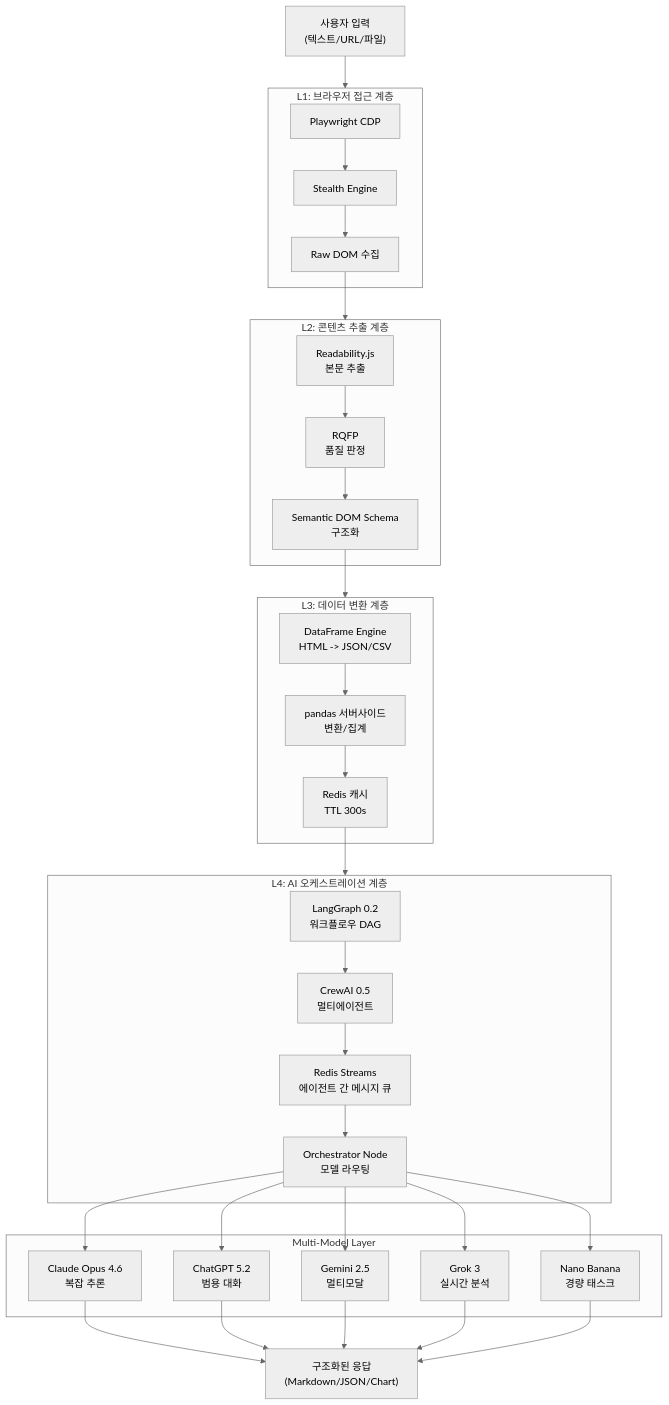
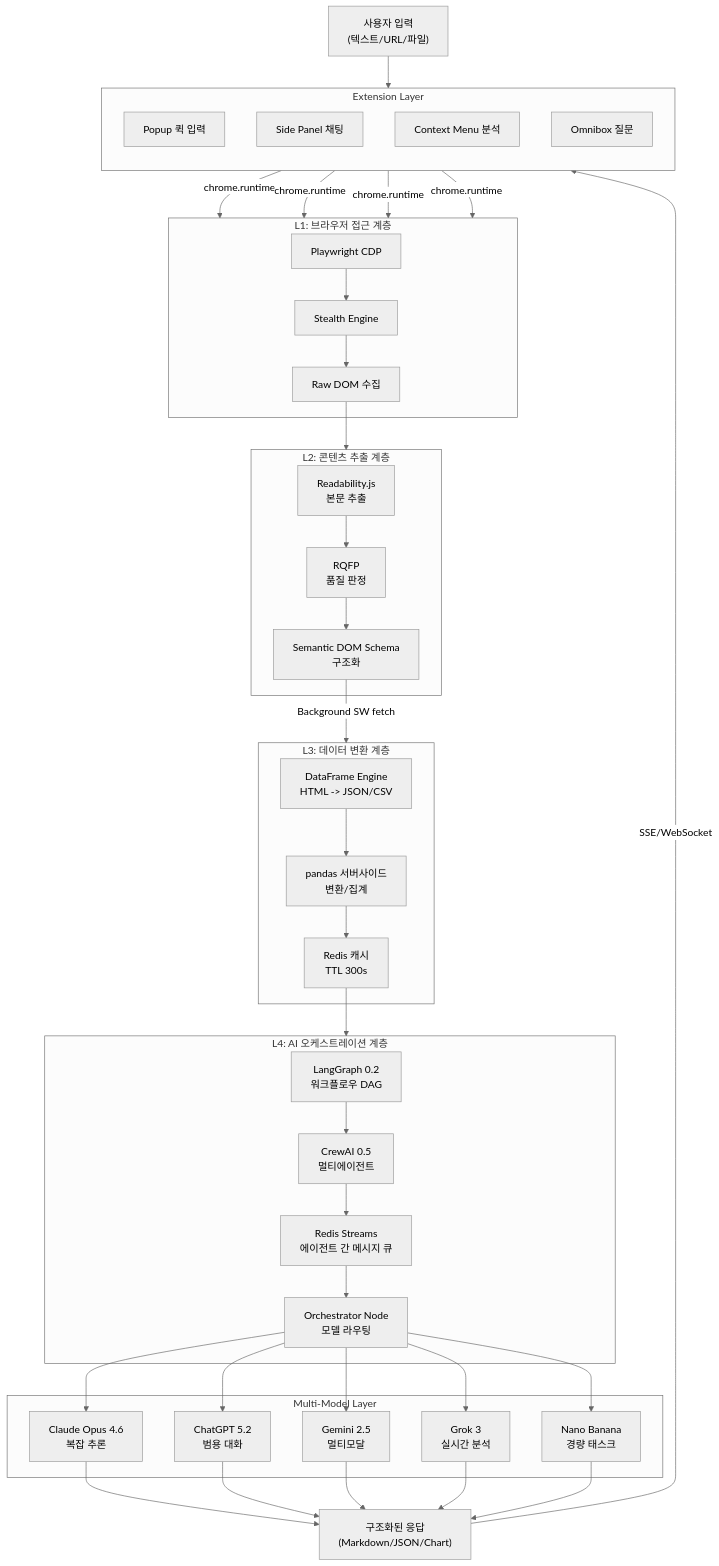
Before and after one commit to sgtlim0/sgtlim0.github.io: the fourth of 6 diagrams in docs/SERVICE_PLAN_03_ARCHITECTURE.md, drawn with Mermaid (neutral theme). The commit also changed other lines of this file and 3 other files, not shown here.

First line of the commit message:
docs: 서비스 기획서 Chrome Extension 전용으로 업데이트 (Part 0,1,3,4)

````diff
--- a/docs/SERVICE_PLAN_03_ARCHITECTURE.md
+++ b/docs/SERVICE_PLAN_03_ARCHITECTURE.md
@@ -194,50 +421,60 @@
 ```mermaid
 flowchart TD
     INPUT["사용자 입력\n(텍스트/URL/파일)"]
+
+    subgraph EXT["Extension Layer"]
+        direction TB
+        POP[Popup 퀵 입력]
+        SIDE[Side Panel 채팅]
+        CTX[Context Menu 분석]
+        OMN[Omnibox 질문]
+    end
 
     subgraph L1["L1: 브라우저 접근 계층"]
         CDP[Playwright CDP]
         STEALTH[Stealth Engine]
         DOM[Raw DOM 수집]
     end
 
     subgraph L2["L2: 콘텐츠 추출 계층"]
         READ[Readability.js\n본문 추출]
         RQFP[RQFP\n품질 판정]
         SDS[Semantic DOM Schema\n구조화]
     end
 
     subgraph L3["L3: 데이터 변환 계층"]
         DF[DataFrame Engine\nHTML -> JSON/CSV]
         PD[pandas 서버사이드\n변환/집계]
         CACHE[Redis 캐시\nTTL 300s]
     end
 
     subgraph L4["L4: AI 오케스트레이션 계층"]
         LG[LangGraph 0.2\n워크플로우 DAG]
         CR[CrewAI 0.5\n멀티에이전트]
         RS[Redis Streams\n에이전트 간 메시지 큐]
         ORCH[Orchestrator Node\n모델 라우팅]
     end
 
     subgraph MODELS["Multi-Model Layer"]
         M1[Claude Opus 4.6\n복잡 추론]
         M2[ChatGPT 5.2\n범용 대화]
         M3[Gemini 2.5\n멀티모달]
         M4[Grok 3\n실시간 분석]
         M5[Nano Banana\n경량 태스크]
     end
 
     RESP["구조화된 응답\n(Markdown/JSON/Chart)"]
 
-    INPUT --> L1
+    INPUT --> EXT
+    POP & SIDE & CTX & OMN -->|chrome.runtime| L1
     CDP --> STEALTH --> DOM
     DOM --> L2
     READ --> RQFP --> SDS
-    SDS --> L3
+    SDS -->|Background SW fetch| L3
     DF --> PD --> CACHE
     CACHE --> L4
     LG --> CR --> RS --> ORCH
     ORCH --> M1 & M2 & M3 & M4 & M5
     M1 & M2 & M3 & M4 & M5 --> RESP
+    RESP -->|SSE/WebSocket| SIDE
 ```
````
